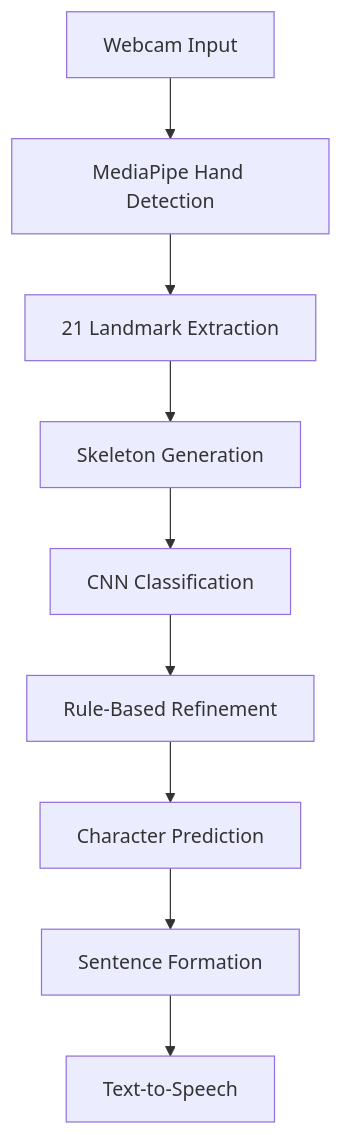
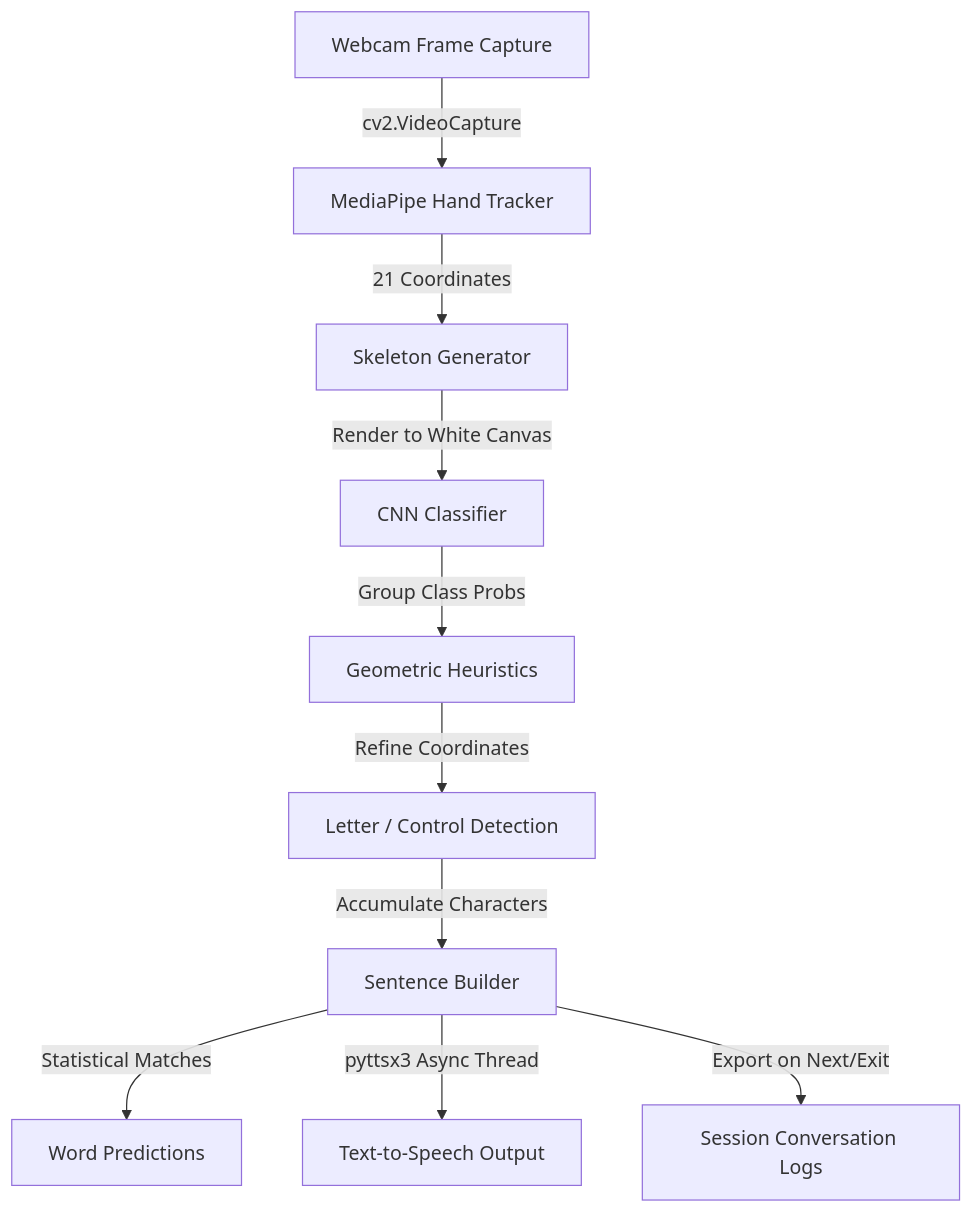
The diagram in README.md (Aditea19/Hand-Sign-Recognition-System), drawn with Mermaid before and after one commit. The commit also changed other lines of this file, not shown here.

Commit message:
Update README.md with professional documentation and remove demo video

````diff
--- a/README.md
+++ b/README.md
@@ -92,11 +36,12 @@
-``` mermaid
+```mermaid
 graph TD
-A[Webcam Input] --> B[MediaPipe Hand Detection]
-B --> C[21 Landmark Extraction]
-C --> D[Skeleton Generation]
-D --> E[CNN Classification]
-E --> F[Rule-Based Refinement]
-F --> G[Character Prediction]
-G --> H[Sentence Formation]
-H --> I[Text-to-Speech]
+    A[Webcam Frame Capture] -->|cv2.VideoCapture| B[MediaPipe Hand Tracker]
+    B -->|21 Coordinates| C[Skeleton Generator]
+    C -->|Render to White Canvas| D[CNN Classifier]
+    D -->|Group Class Probs| E[Geometric Heuristics]
+    E -->|Refine Coordinates| F[Letter / Control Detection]
+    F -->|Accumulate Characters| G[Sentence Builder]
+    G -->|Statistical Matches| H[Word Predictions]
+    G -->|pyttsx3 Async Thread| I[Text-to-Speech Output]
+    G -->|Export on Next/Exit| J[Session Conversation Logs]
 ```
````
